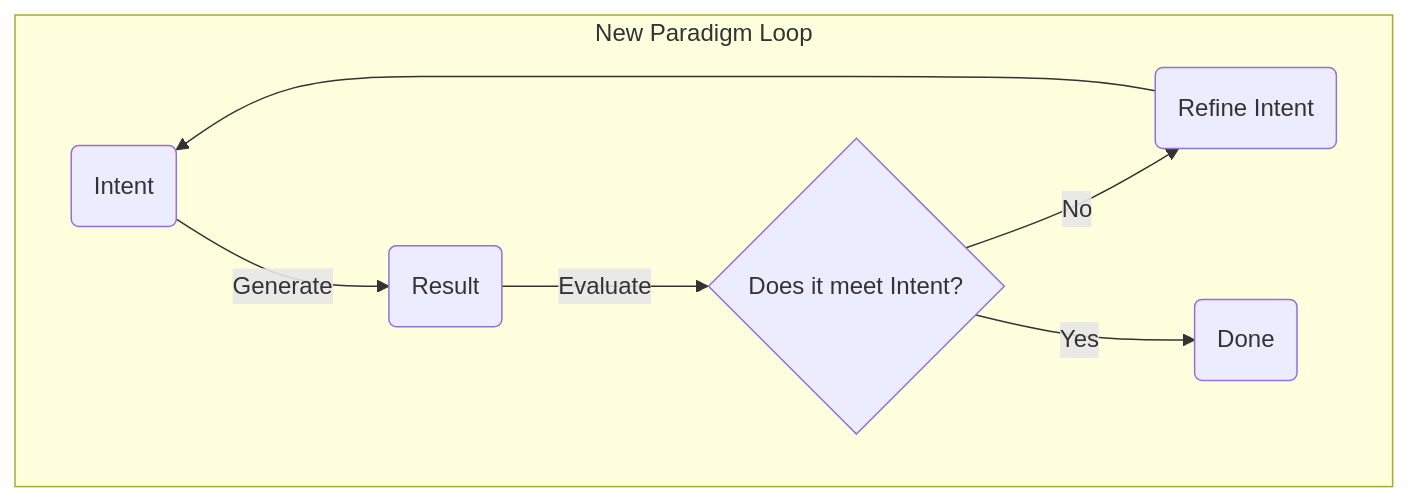
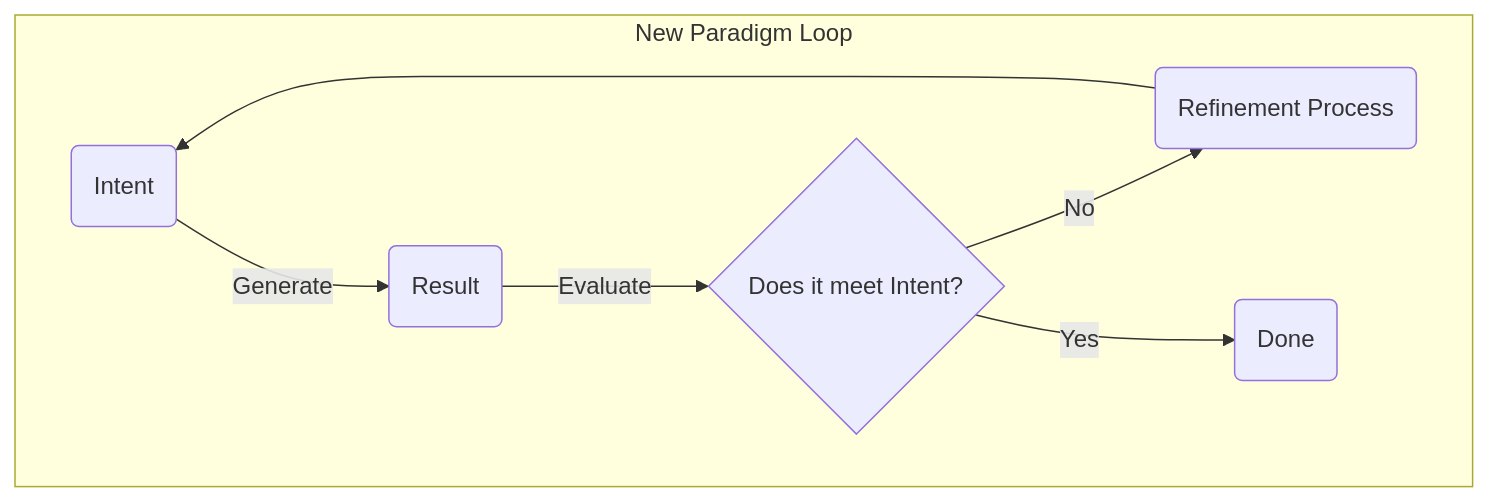
The second of 3 diagrams in 00-core.md (bahsim/idgl-dev-system), drawn with Mermaid before and after one commit. The commit also changed other lines of this file, not shown here.

````diff
--- a/00-core.md
+++ b/00-core.md
@@ -39,10 +39,10 @@
 ```mermaid
 graph TD
     subgraph New Paradigm Loop
         A(Intent) -- "Generate" --> B(Result);
         B -- "Evaluate" --> C{Does it meet Intent?};
-        C -- No --> D(Refine Intent);
+        C -- No --> D(Refinement Process);
         D --> A;
         C -- Yes --> E(Done);
     end
 ```
````
